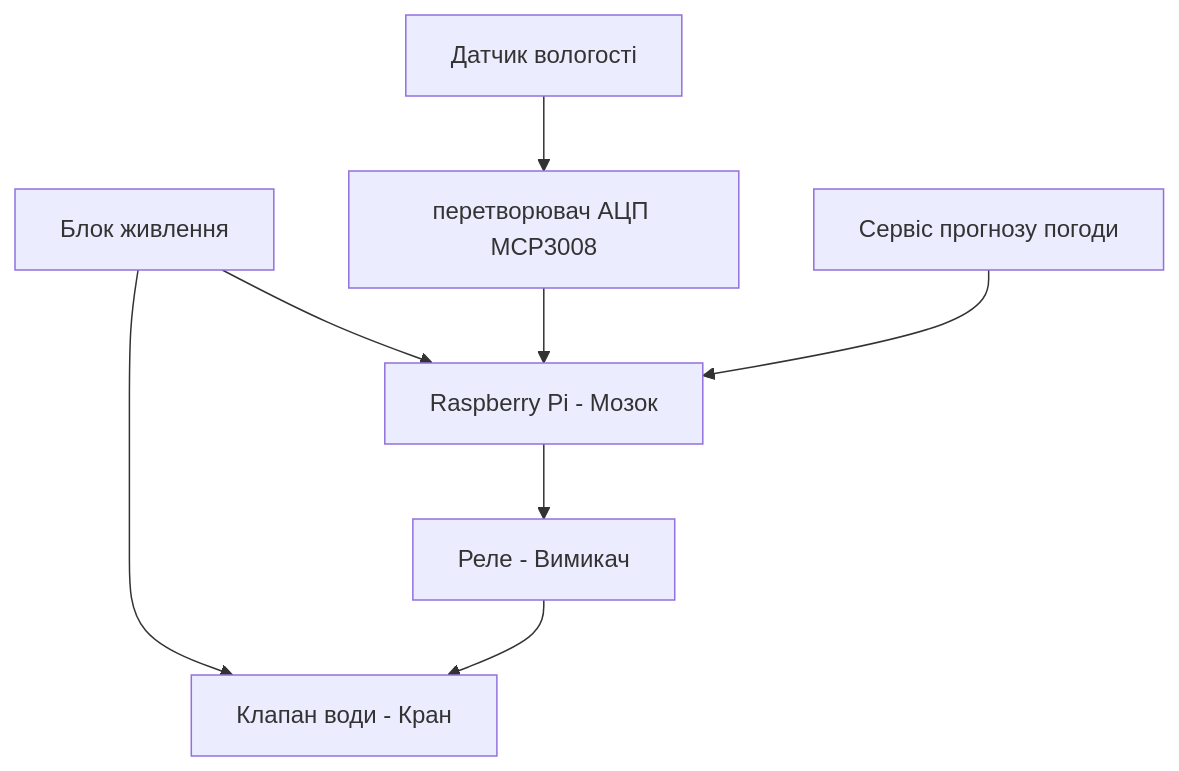
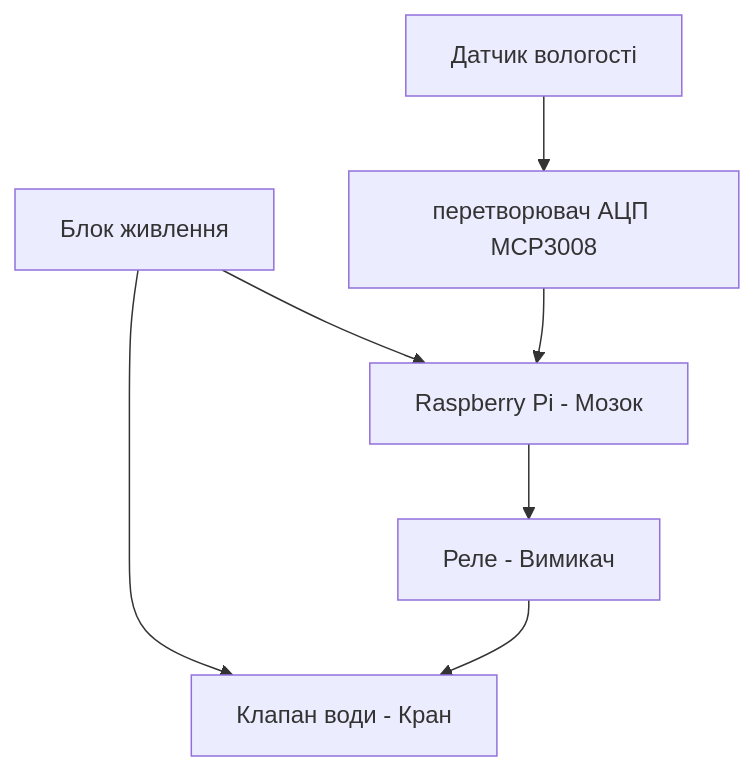
One commit to mihajlokovalenko208-hash/course_work changed the diagram in Readme.md. Above: the diagram before and after it, drawn with Mermaid.

````diff
--- a/Readme.md
+++ b/Readme.md
@@ -121,11 +121,10 @@
 ```mermaid
 
 graph TD
     Power[Блок живлення] --> RPi[Raspberry Pi - Мозок]
     Power --> Valve[Клапан води - Кран]
     Soil[Датчик вологості] --> ADC[перетворювач АЦП MCP3008]
     ADC --> RPi
-    DHT[Сервіс прогнозу погоди] --> RPi
     RPi --> Relay[Реле - Вимикач]
     Relay --> Valve
 ```
````
